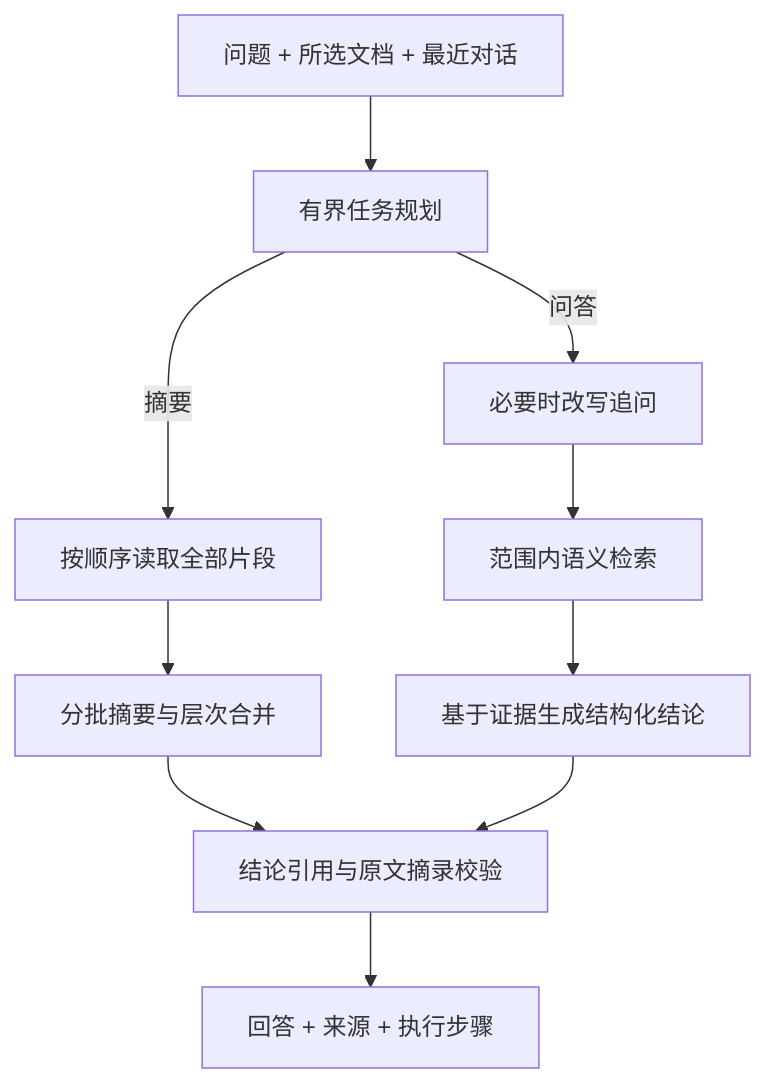
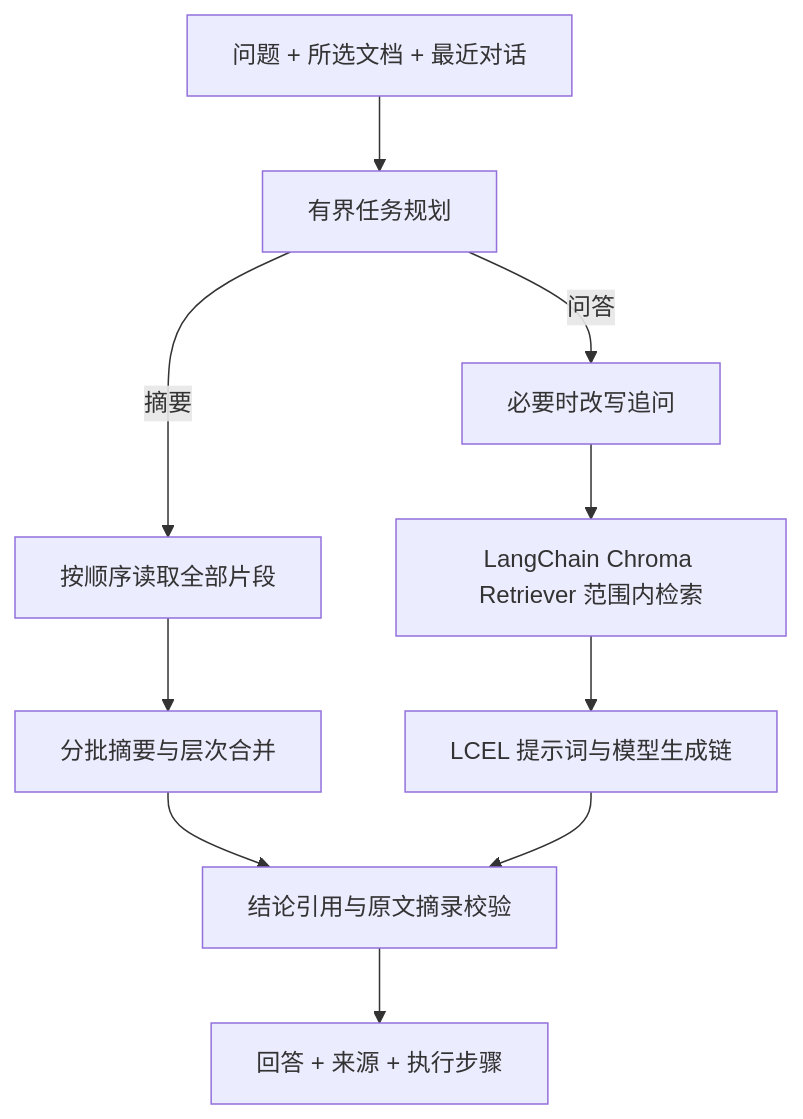
Before and after one commit to jiapeng-lab/CiteLeaf: the diagram in README.md, drawn with Mermaid. The commit also changed other lines of this file and 9 other files, not shown here.

Commit message:
refactor: adopt LangChain retrieval and generation for RAG

````diff
--- a/README.md
+++ b/README.md
@@ -59,12 +61,12 @@
 ```mermaid
 flowchart TD
     U[问题 + 所选文档 + 最近对话] --> P[有界任务规划]
     P -->|问答| H[必要时改写追问]
-    H --> R[范围内语义检索]
+    H --> R[LangChain Chroma Retriever 范围内检索]
     P -->|摘要| F[按顺序读取全部片段]
     F --> M[分批摘要与层次合并]
-    R --> G[基于证据生成结构化结论]
+    R --> G[LCEL 提示词与模型生成链]
     M --> V[结论引用与原文摘录校验]
     G --> V
     V --> A[回答 + 来源 + 执行步骤]
 ```
````
